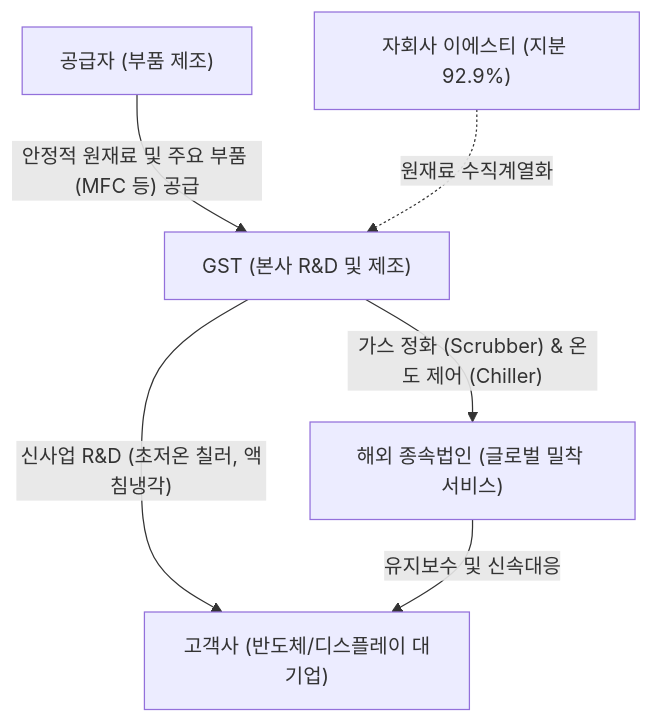
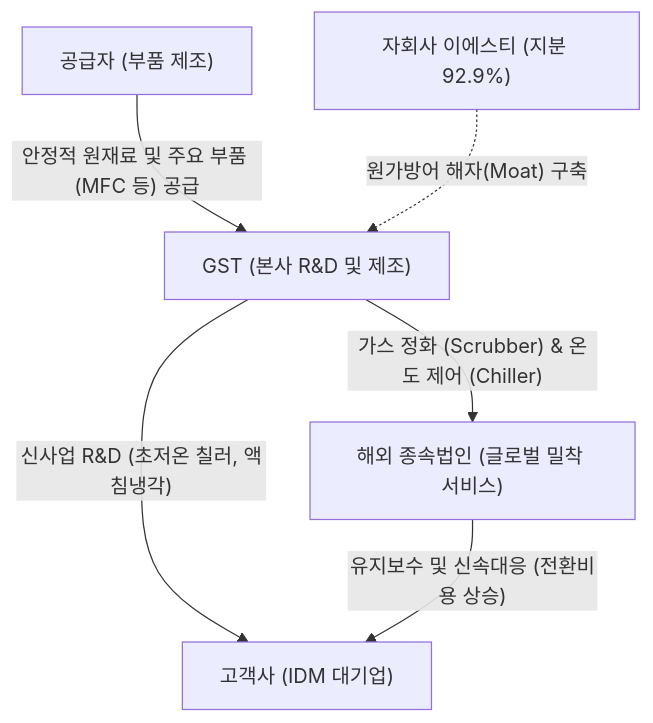
The diagram in Stock_Research/GST/3_Final_Reports/Phase1_Report.md (eve830521-cmd/my-skill), drawn with Mermaid before and after one commit. The commit also changed other lines of this file and 120 other files, not shown here.

Commit message:
feat: Update Korean Stock Analyzer skill, stock research reports, and timelines

````diff
--- a/Stock_Research/GST/3_Final_Reports/Phase1_Report.md
+++ b/Stock_Research/GST/3_Final_Reports/Phase1_Report.md
@@ -6,8 +9,8 @@
 ```mermaid
 graph TD
     A["공급자 (부품 제조)"] -->|"안정적 원재료 및 주요 부품 (MFC 등) 공급"| B["GST (본사 R&D 및 제조)"]
-    A1["자회사 이에스티 (지분 92.9%)"] -. "원재료 수직계열화" .-> B
+    A1["자회사 이에스티 (지분 92.9%)"] -. "원가방어 해자(Moat) 구축" .-> B
     B -->|"가스 정화 (Scrubber) & 온도 제어 (Chiller)"| C["해외 종속법인 (글로벌 밀착 서비스)"]
-    B -->|"신사업 R&D (초저온 칠러, 액침냉각)"| D["고객사 (반도체/디스플레이 대기업)"]
-    C -->|"유지보수 및 신속대응"| D
+    B -->|"신사업 R&D (초저온 칠러, 액침냉각)"| D["고객사 (IDM 대기업)"]
+    C -->|"유지보수 및 신속대응 (전환비용 상승)"| D
 ```
````
